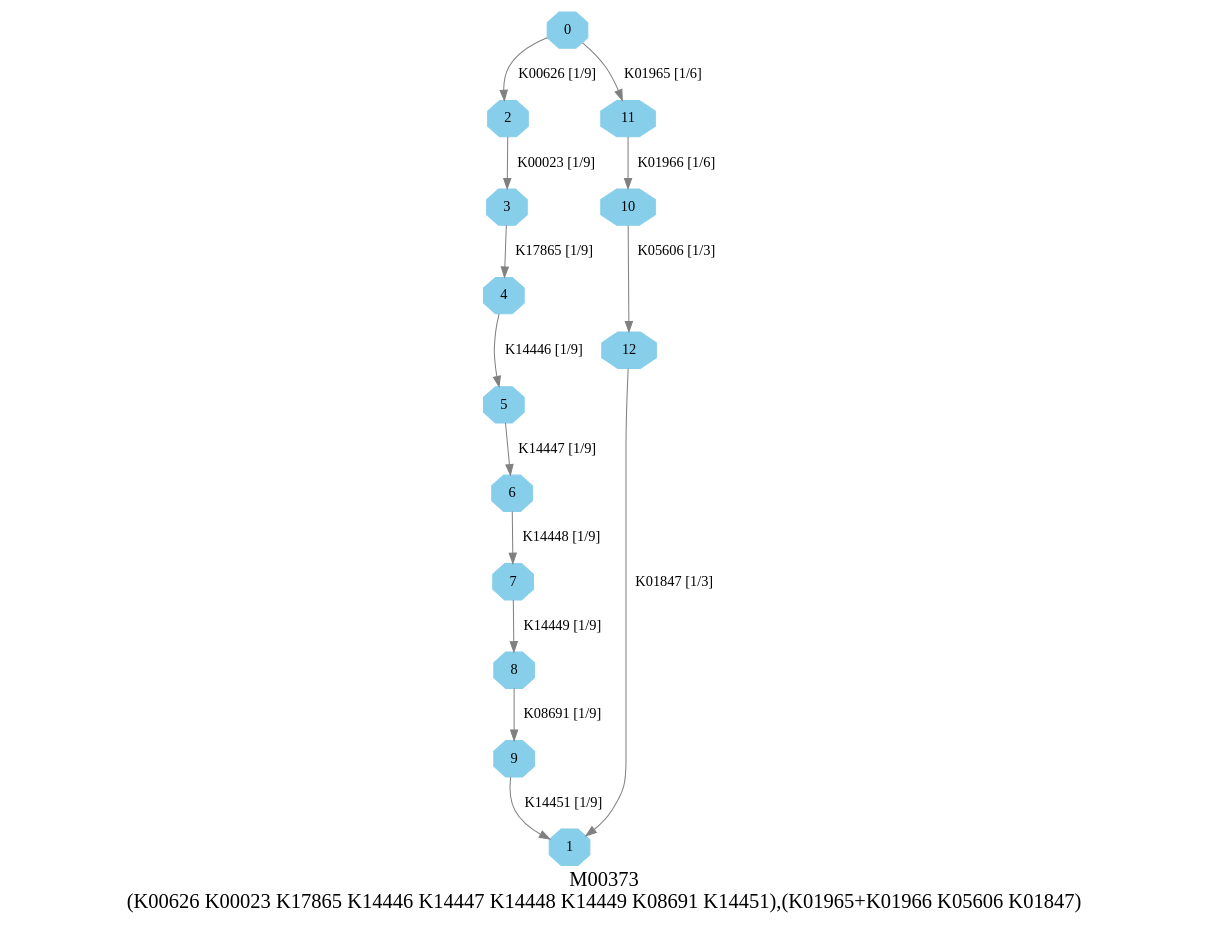
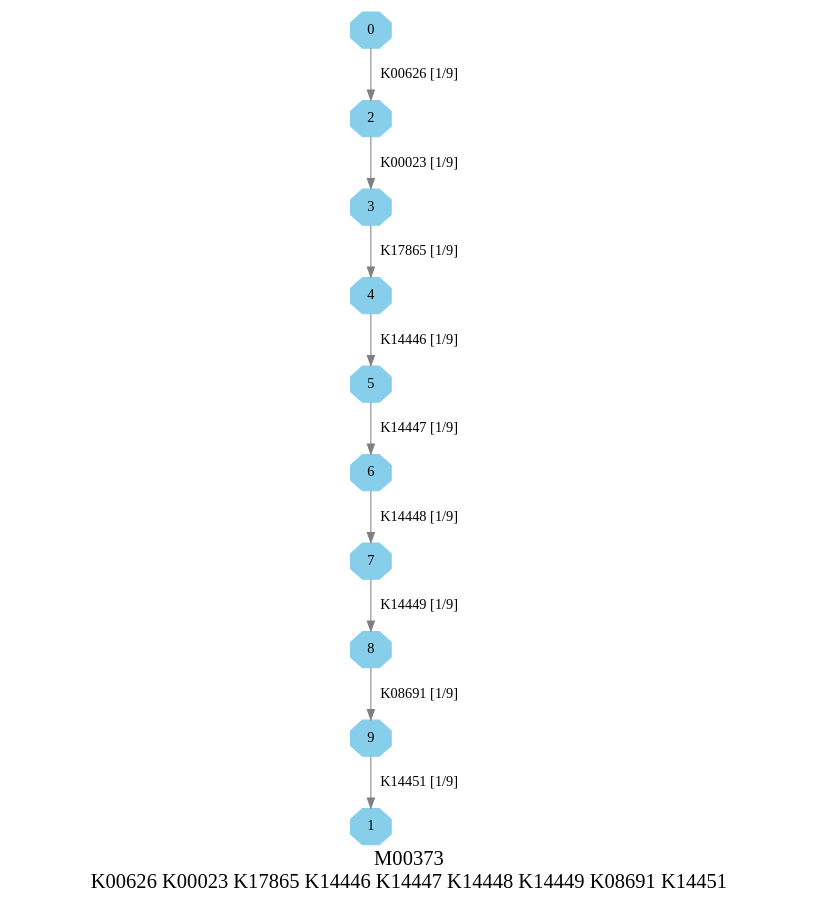
Before and after one commit to EBI-Metagenomics/kegg-pathways-completeness-tool: the diagram in graphs/dots/M00373.dot, drawn with Graphviz. The commit also changed 654 other files, not shown here.

```diff
--- a/graphs/dots/M00373.dot
+++ b/graphs/dots/M00373.dot
@@ -1,20 +1,16 @@
 digraph G {
 graph [label="M00373
-(K00626 K00023 K17865 K14446 K14447 K14448 K14449 K08691 K14451),(K01965+K01966 K05606 K01847)",fontsize=20];
+K00626 K00023 K17865 K14446 K14447 K14448 K14449 K08691 K14451",fontsize=20];
 node [shape=box,style=filled];
 edge [len=3,color=grey];
-{node [width=.3,height=.3,shape=octagon,style=filled,color=skyblue] 0 1 2 3 4 5 6 7 8 9 10 11 12 }
+{node [width=.3,height=.3,shape=octagon,style=filled,color=skyblue] 0 1 2 3 4 5 6 7 8 9 }
 0 -> 2 [label="K00626 [1/9]"];
-0 -> 11 [label="K01965 [1/6]"];
 2 -> 3 [label="K00023 [1/9]"];
 3 -> 4 [label="K17865 [1/9]"];
 4 -> 5 [label="K14446 [1/9]"];
 5 -> 6 [label="K14447 [1/9]"];
 6 -> 7 [label="K14448 [1/9]"];
 7 -> 8 [label="K14449 [1/9]"];
 8 -> 9 [label="K08691 [1/9]"];
 9 -> 1 [label="K14451 [1/9]"];
-10 -> 12 [label="K05606 [1/3]"];
-11 -> 10 [label="K01966 [1/6]"];
-12 -> 1 [label="K01847 [1/3]"];
 }
```
